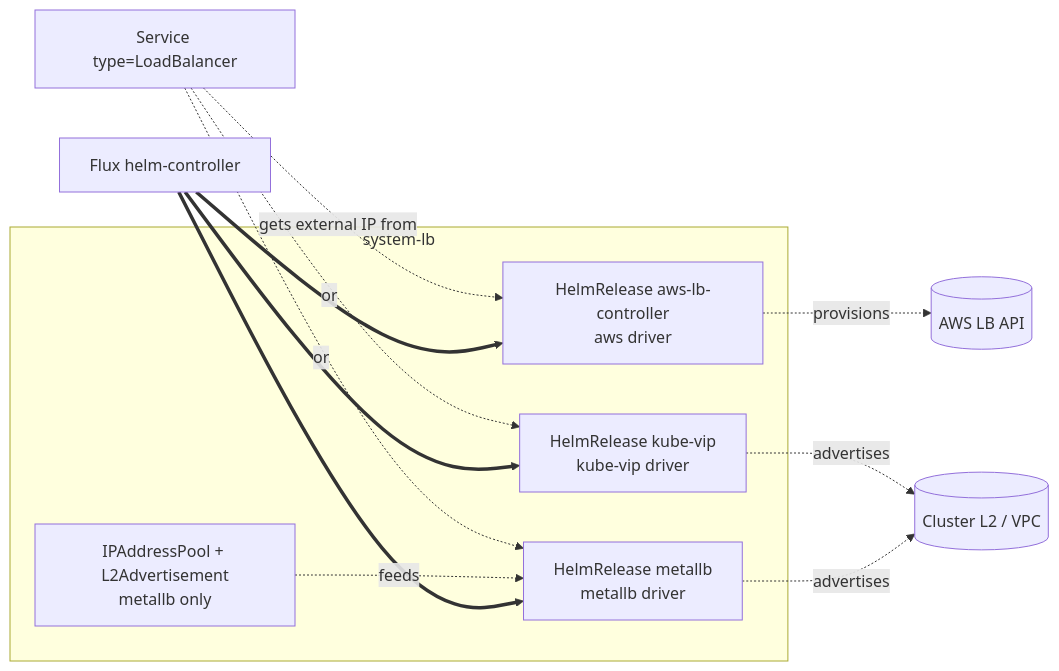
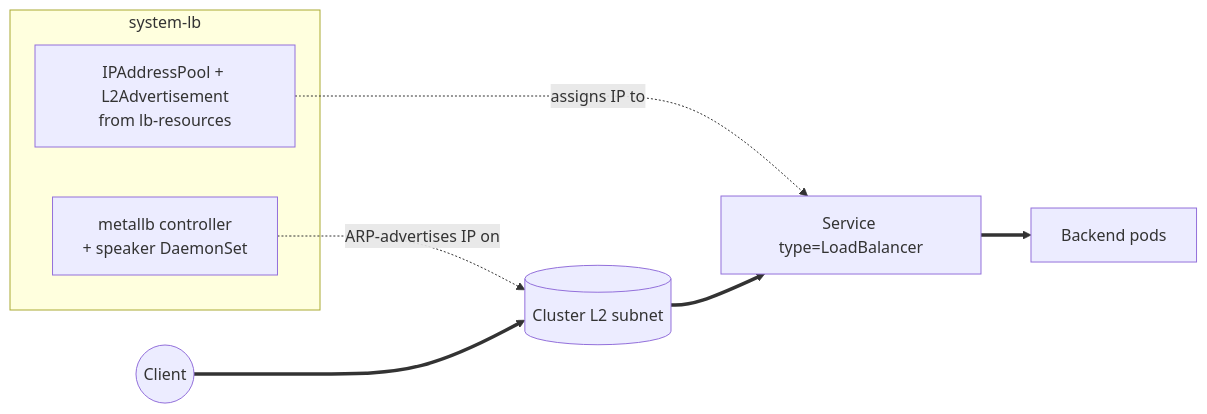
One commit to windsorcli/core changed the second of 3 diagrams in kustomize/lb/README.md. Above: the diagram before and after it, drawn with Mermaid. The commit also changed other lines of this file and 5 other files, not shown here.

Commit message:
feat(docs): update architecture and recipes sections across multiple add-ons for clarity and consistency

````diff
--- a/kustomize/lb/README.md
+++ b/kustomize/lb/README.md
@@ -36,25 +78,17 @@
 ```mermaid
 flowchart LR
-  flux[Flux helm-controller]
+  client((Client))
 
   subgraph systemlb[system-lb]
-    aws_hr[HelmRelease aws-lb-controller<br/>aws driver]
-    metallb_hr[HelmRelease metallb<br/>metallb driver]
-    kubevip_hr[HelmRelease kube-vip<br/>kube-vip driver]
-
-    pool[IPAddressPool + L2Advertisement<br/>metallb only]
+    speaker[metallb controller<br/>+ speaker DaemonSet]
+    pool[IPAddressPool + L2Advertisement<br/>from lb-resources]
   end
 
-  awsapi[(AWS LB API)]
-  cluster_net[(Cluster L2 / VPC)]
+  net[(Cluster L2 subnet)]
+  svc[Service type=LoadBalancer]
+  pods[Backend pods]
 
-  flux ==> aws_hr & metallb_hr & kubevip_hr
-  aws_hr -.provisions.-> awsapi
-  metallb_hr -.advertises.-> cluster_net
-  kubevip_hr -.advertises.-> cluster_net
-  pool -.feeds.-> metallb_hr
-
-  svc[Service type=LoadBalancer] -.gets external IP from.-> aws_hr
-  svc -.or.-> metallb_hr
-  svc -.or.-> kubevip_hr
+  pool -. assigns IP to .-> svc
+  speaker -. ARP-advertises IP on .-> net
+  client ==> net ==> svc ==> pods
 ```
````
